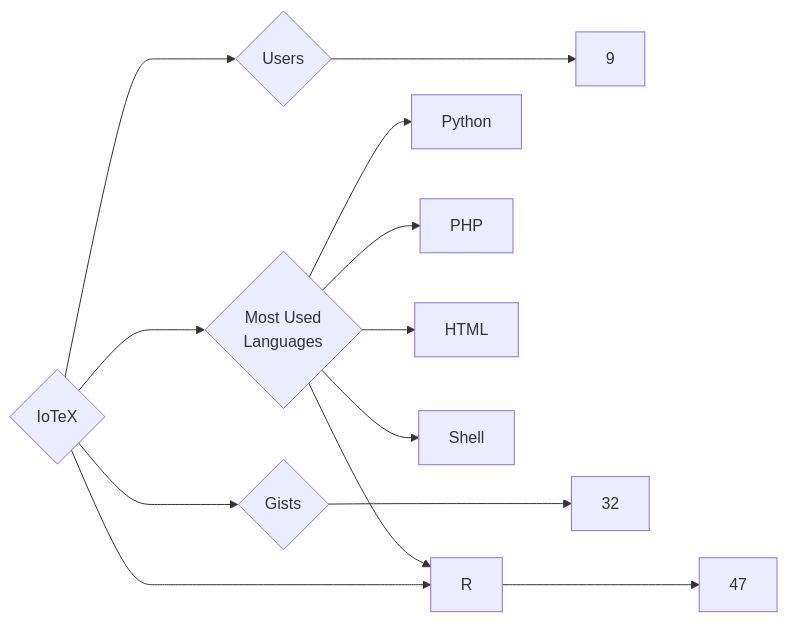
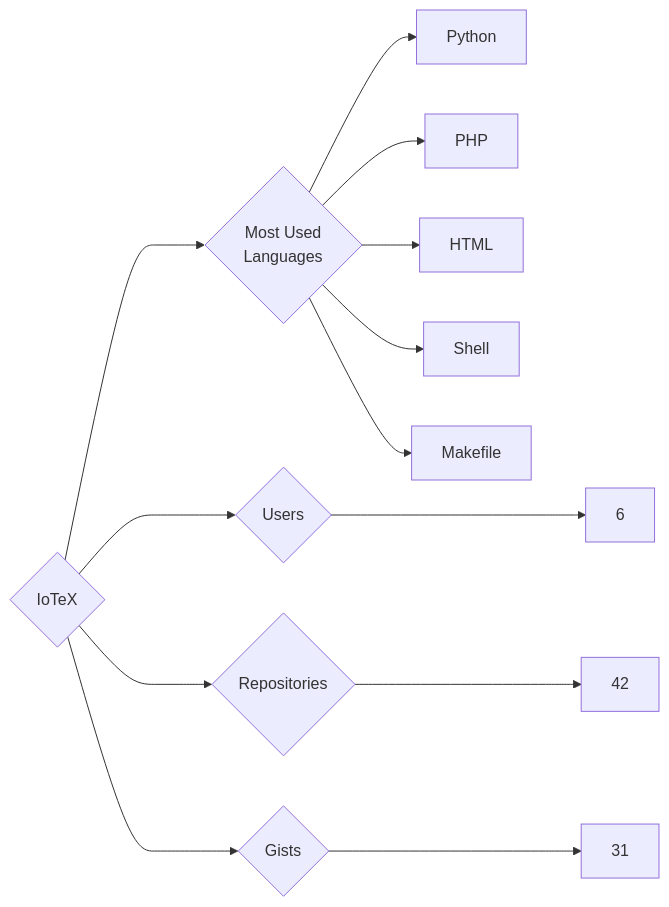
One commit to trickest/insiders changed the diagram in targets/IoTeX/README.md. Above: the diagram before and after it, drawn with Mermaid. The commit also changed 1036 other files, not shown here.

````diff
--- a/targets/IoTeX/README.md
+++ b/targets/IoTeX/README.md
@@ -3,13 +3,13 @@
 ```mermaid
 graph LR
 COMPANY_NAME{IoTeX}
-COMPANY_NAME ---> U{Users} ---> UN[9]
-COMPANY_NAME ---> R{Repositories} ---> RN[47]
-COMPANY_NAME ---> G{Gists} ---> GN[32]
+COMPANY_NAME ---> U{Users} ---> UN[6]
+COMPANY_NAME ---> R{Repositories} ---> RN[42]
+COMPANY_NAME ---> G{Gists} ---> GN[31]
 COMPANY_NAME ---> ML{Most Used<br>Languages}
 ML --> Python[Python]
 ML --> PHP[PHP]
 ML --> HTML[HTML]
 ML --> Shell[Shell]
-ML --> R[R]
+ML --> Makefile[Makefile]
 ```
````
